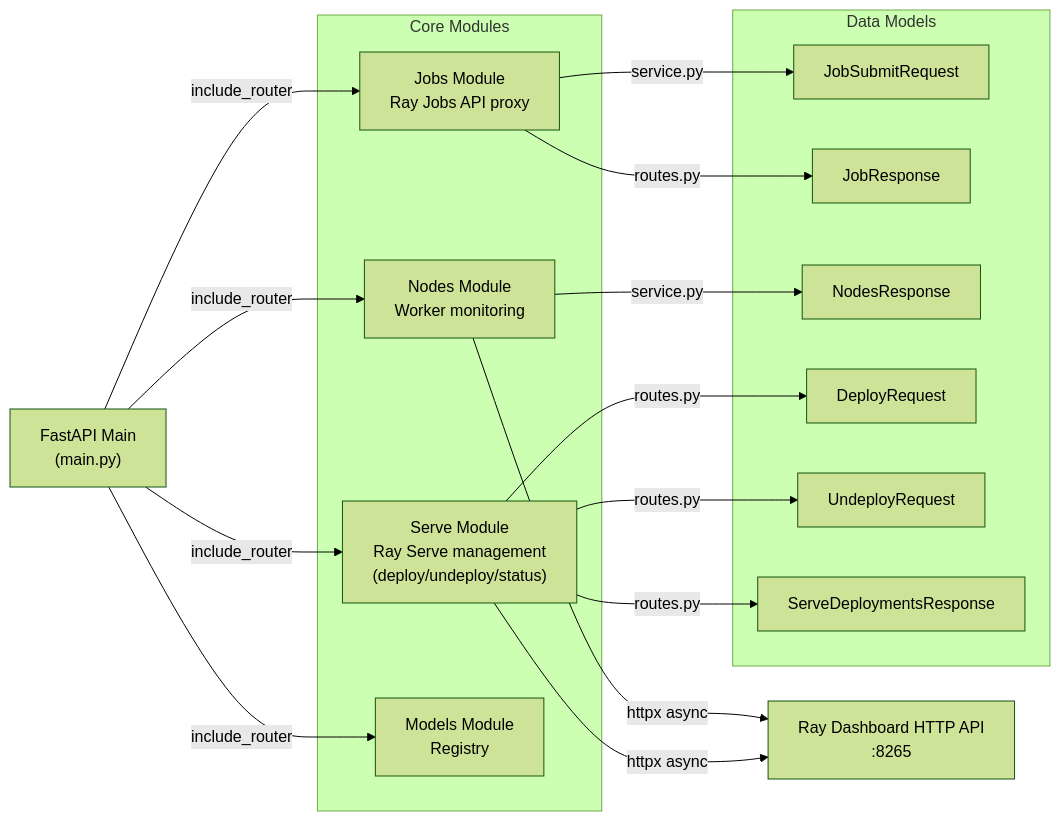
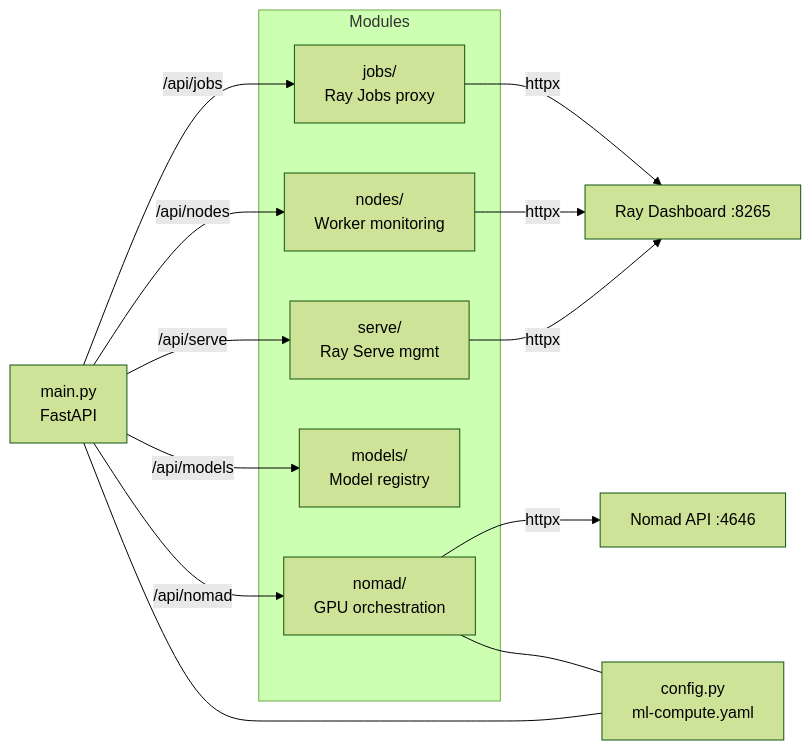
The fourth of 4 diagrams in DIAGRAM.md (VersoVet/ml-compute), drawn with Mermaid (forest theme) before and after one commit. The commit also changed other lines of this file and 3 other files, not shown here.

````diff
--- a/DIAGRAM.md
+++ b/DIAGRAM.md
@@ -79,36 +117,30 @@
 ```mermaid
 graph LR
-    Main["FastAPI Main<br/>(main.py)"]
-    
-    subgraph Modules["Core Modules"]
-        Jobs["Jobs Module<br/>Ray Jobs API proxy"]
-        Nodes["Nodes Module<br/>Worker monitoring"]
-        Serve["Serve Module<br/>Ray Serve management<br/>(deploy/undeploy/status)"]
-        Models["Models Module<br/>Registry"]
+    Main["main.py<br/>FastAPI"]
+
+    subgraph Modules
+        Jobs["jobs/<br/>Ray Jobs proxy"]
+        Nodes["nodes/<br/>Worker monitoring"]
+        Serve["serve/<br/>Ray Serve mgmt"]
+        Models["models/<br/>Model registry"]
+        Nomad["nomad/<br/>GPU orchestration"]
     end
 
-    subgraph Models_["Data Models"]
-        JobReq["JobSubmitRequest"]
-        JobRes["JobResponse"]
-        NodesRes["NodesResponse"]
-        DeployReq["DeployRequest"]
-        UndeployReq["UndeployRequest"]
-        ServeRes["ServeDeploymentsResponse"]
-    end
+    Main -->|/api/jobs| Jobs
+    Main -->|/api/nodes| Nodes
+    Main -->|/api/serve| Serve
+    Main -->|/api/models| Models
+    Main -->|/api/nomad| Nomad
 
-    RayDash["Ray Dashboard HTTP API<br/>:8265"]
+    RayDash["Ray Dashboard :8265"]
+    NomadAPI["Nomad API :4646"]
 
-    Main -->|include_router| Jobs
-    Main -->|include_router| Nodes
-    Main -->|include_router| Serve
-    Main -->|include_router| Models
+    Jobs -->|httpx| RayDash
+    Nodes -->|httpx| RayDash
+    Serve -->|httpx| RayDash
+    Nomad -->|httpx| NomadAPI
 
-    Jobs -->|service.py| JobReq
-    Jobs -->|routes.py| JobRes
-    Nodes -->|httpx async| RayDash
-    Nodes -->|service.py| NodesRes
-    Serve -->|httpx async| RayDash
-    Serve -->|routes.py| DeployReq
-    Serve -->|routes.py| UndeployReq
-    Serve -->|routes.py| ServeRes
+    Config["config.py<br/>ml-compute.yaml"]
+    Nomad --- Config
+    Main --- Config
 ```
````
